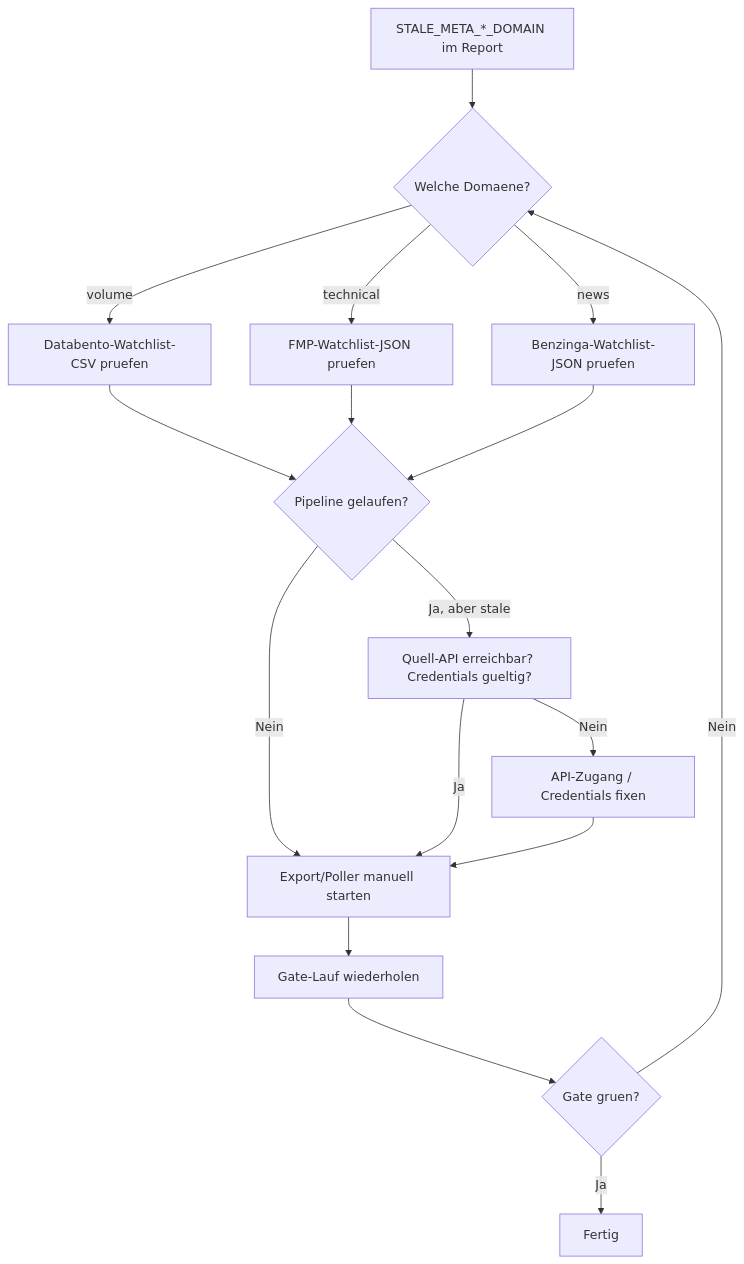
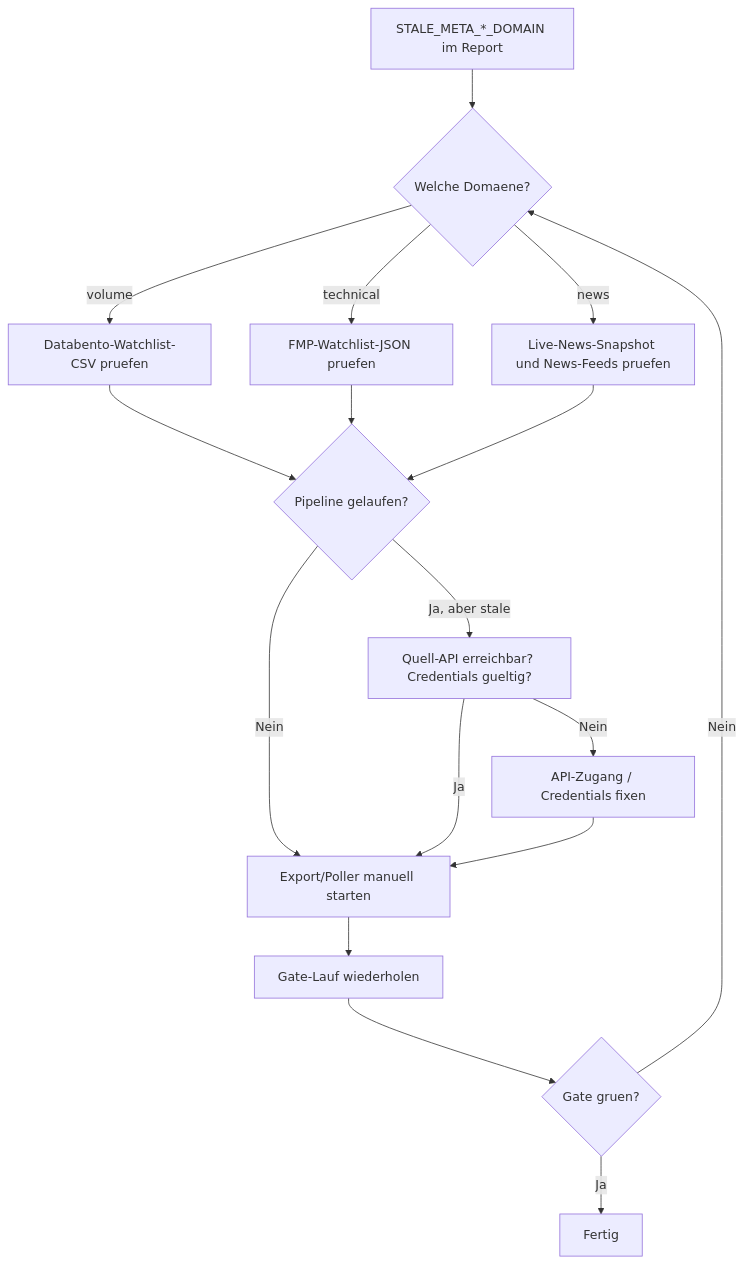
The diagram in docs/smc_branch_protection_and_release_gates.md (skipp-dev/skipp-algo), drawn with Mermaid before and after one commit. The commit also changed other lines of this file and 10 other files, not shown here.

Commit message:
Align provider health with live news snapshot

````diff
--- a/docs/smc_branch_protection_and_release_gates.md
+++ b/docs/smc_branch_protection_and_release_gates.md
@@ -338,19 +350,19 @@
 ```mermaid
 flowchart TD
     A[STALE_META_*_DOMAIN im Report] --> B{Welche Domaene?}
     B -->|volume| C[Databento-Watchlist-CSV pruefen]
     B -->|technical| D[FMP-Watchlist-JSON pruefen]
-    B -->|news| E[Benzinga-Watchlist-JSON pruefen]
+    B -->|news| E[Live-News-Snapshot und News-Feeds pruefen]
     C --> F{Pipeline gelaufen?}
     D --> F
     E --> F
     F -->|Nein| G[Export/Poller manuell starten]
     F -->|Ja, aber stale| H[Quell-API erreichbar? Credentials gueltig?]
     G --> I[Gate-Lauf wiederholen]
     H -->|Ja| G
     H -->|Nein| J[API-Zugang / Credentials fixen]
     J --> G
     I --> K{Gate gruen?}
     K -->|Ja| L[Fertig]
     K -->|Nein| B
 ```
````
